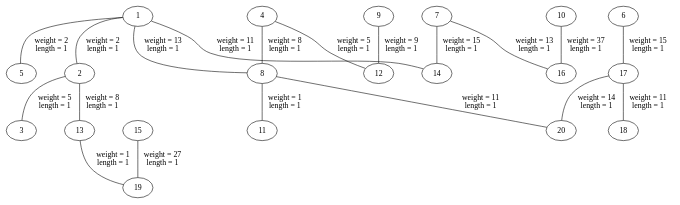
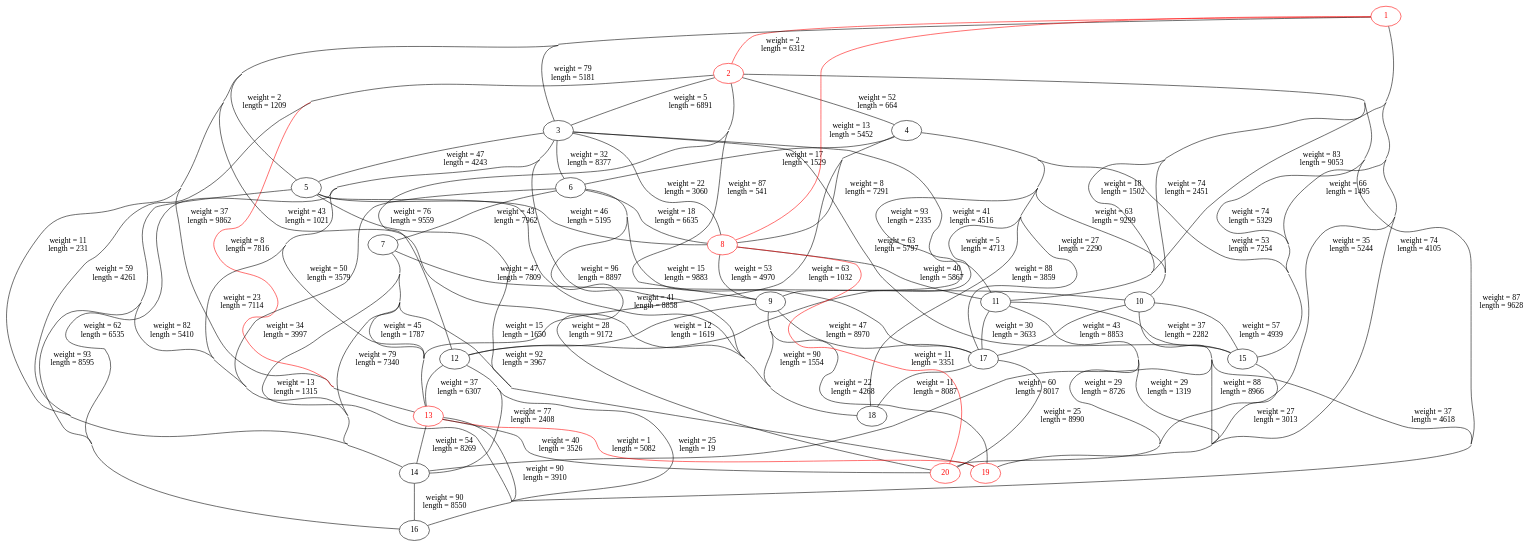
Before and after one commit to adam-elbernoussi/ENSAE-S2-IT-project: the diagram in graph_viz_output/Graph.gv, drawn with Graphviz. The commit also changed 2 other files, not shown here.

```diff
--- a/graph_viz_output/Graph.gv
+++ b/graph_viz_output/Graph.gv
@@ -1,62 +1,192 @@
 // Graph visualisation
 graph "Graph" {
 	graph [concentrate=True]
 	1
 	2
 	3
 	4
 	5
 	6
 	7
 	8
 	9
 	10
 	11
 	12
 	13
 	14
 	15
 	16
 	17
 	18
 	19
 	20
+	1 [color=red fontcolor=red]
 	1 -- 2 [label="weight = 2
- length = 1" weight=2]
+ length = 6312" color=red weight=2]
+	2 [color=red fontcolor=red]
+	2 -- 13 [label="weight = 8
+ length = 7816" color=red weight=8]
+	8 [color=red fontcolor=red]
+	8 -- 1 [label="weight = 13
+ length = 5452" color=red weight=13]
+	13 [color=red fontcolor=red]
+	13 -- 19 [label="weight = 1
+ length = 5082" color=red weight=1]
+	19 [color=red fontcolor=red]
+	20 [color=red fontcolor=red]
+	20 -- 8 [label="weight = 11
+ length = 3351" color=red weight=11]
+	1 -- 19 [label="weight = 74
+ length = 4105" weight=74]
+	1 -- 13 [label="weight = 37
+ length = 9862" weight=37]
 	1 -- 5 [label="weight = 2
- length = 1" weight=2]
+ length = 1209" weight=2]
+	1 -- 3 [label="weight = 79
+ length = 5181" weight=79]
+	1 -- 11 [label="weight = 83
+ length = 9053" weight=83]
+	1 -- 18 [label="weight = 43
+ length = 1021" weight=43]
 	1 -- 14 [label="weight = 11
- length = 1" weight=11]
-	1 -- 8 [label="weight = 13
- length = 1" weight=13]
+ length = 231" weight=11]
+	1 -- 15 [label="weight = 66
+ length = 1495" weight=66]
+	1 -- 20 [label="weight = 35
+ length = 5244" weight=35]
 	2 -- 3 [label="weight = 5
- length = 1" weight=5]
-	2 -- 13 [label="weight = 8
- length = 1" weight=8]
+ length = 6891" weight=5]
+	2 -- 4 [label="weight = 52
+ length = 664" weight=52]
+	2 -- 12 [label="weight = 76
+ length = 9559" weight=76]
+	2 -- 15 [label="weight = 74
+ length = 5329" weight=74]
+	2 -- 16 [label="weight = 87
+ length = 9628" weight=87]
+	2 -- 11 [label="weight = 18
+ length = 1502" weight=18]
+	2 -- 9 [label="weight = 87
+ length = 541" weight=87]
+	2 -- 14 [label="weight = 59
+ length = 4261" weight=59]
+	2 -- 10 [label="weight = 74
+ length = 2451" weight=74]
+	3 -- 5 [label="weight = 47
+ length = 4243" weight=47]
+	3 -- 6 [label="weight = 32
+ length = 8377" weight=32]
+	3 -- 13 [label="weight = 50
+ length = 3579" weight=50]
+	3 -- 15 [label="weight = 63
+ length = 5797" weight=63]
+	3 -- 14 [label="weight = 23
+ length = 7114" weight=23]
+	3 -- 16 [label="weight = 62
+ length = 6535" weight=62]
+	3 -- 18 [label="weight = 96
+ length = 8897" weight=96]
+	3 -- 8 [label="weight = 22
+ length = 3060" weight=22]
+	3 -- 11 [label="weight = 41
+ length = 4516" weight=41]
+	4 -- 17 [label="weight = 27
+ length = 2290" weight=27]
+	4 -- 15 [label="weight = 53
+ length = 7254" weight=53]
+	4 -- 6 [label="weight = 17
+ length = 1529" weight=17]
+	4 -- 13 [label="weight = 63
+ length = 1032" weight=63]
+	4 -- 10 [label="weight = 63
+ length = 9299" weight=63]
+	4 -- 9 [label="weight = 93
+ length = 2335" weight=93]
 	4 -- 12 [label="weight = 5
- length = 1" weight=5]
+ length = 4713" weight=5]
 	4 -- 8 [label="weight = 8
- length = 1" weight=8]
+ length = 7291" weight=8]
+	4 -- 18 [label="weight = 88
+ length = 3859" weight=88]
+	5 -- 14 [label="weight = 82
+ length = 5410" weight=82]
+	5 -- 19 [label="weight = 15
+ length = 1650" weight=15]
+	5 -- 8 [label="weight = 46
+ length = 5195" weight=46]
+	5 -- 18 [label="weight = 41
+ length = 8858" weight=41]
+	5 -- 16 [label="weight = 93
+ length = 8595" weight=93]
+	6 -- 7 [label="weight = 43
+ length = 7962" weight=43]
+	6 -- 8 [label="weight = 18
+ length = 6635" weight=18]
+	6 -- 20 [label="weight = 28
+ length = 9172" weight=28]
+	6 -- 14 [label="weight = 34
+ length = 3997" weight=34]
 	6 -- 17 [label="weight = 15
- length = 1" weight=15]
+ length = 9883" weight=15]
+	7 -- 10 [label="weight = 47
+ length = 7809" weight=47]
+	7 -- 14 [label="weight = 79
+ length = 7340" weight=79]
+	7 -- 13 [label="weight = 45
+ length = 1787" weight=45]
+	7 -- 19 [label="weight = 92
+ length = 3967" weight=92]
 	7 -- 16 [label="weight = 13
- length = 1" weight=13]
-	7 -- 14 [label="weight = 15
- length = 1" weight=15]
-	8 -- 11 [label="weight = 1
- length = 1" weight=1]
-	8 -- 20 [label="weight = 11
- length = 1" weight=11]
-	9 -- 12 [label="weight = 9
- length = 1" weight=9]
+ length = 1315" weight=13]
+	8 -- 9 [label="weight = 53
+ length = 4970" weight=53]
+	8 -- 11 [label="weight = 40
+ length = 5867" weight=40]
+	9 -- 18 [label="weight = 90
+ length = 1554" weight=90]
+	9 -- 12 [label="weight = 12
+ length = 1619" weight=12]
+	9 -- 19 [label="weight = 22
+ length = 4268" weight=22]
+	9 -- 17 [label="weight = 47
+ length = 8970" weight=47]
 	10 -- 16 [label="weight = 37
- length = 1" weight=37]
-	13 -- 19 [label="weight = 1
- length = 1" weight=1]
+ length = 4618" weight=37]
+	10 -- 14 [label="weight = 60
+ length = 8017" weight=60]
+	10 -- 15 [label="weight = 57
+ length = 4939" weight=57]
+	10 -- 17 [label="weight = 43
+ length = 8853" weight=43]
+	10 -- 19 [label="weight = 88
+ length = 8966" weight=88]
+	11 -- 15 [label="weight = 37
+ length = 2282" weight=37]
+	11 -- 20 [label="weight = 29
+ length = 8726" weight=29]
+	11 -- 17 [label="weight = 30
+ length = 3633" weight=30]
+	11 -- 19 [label="weight = 29
+ length = 1319" weight=29]
+	12 -- 14 [label="weight = 77
+ length = 2408" weight=77]
+	12 -- 16 [label="weight = 25
+ length = 19" weight=25]
+	12 -- 13 [label="weight = 37
+ length = 6307" weight=37]
+	13 -- 14 [label="weight = 54
+ length = 8269" weight=54]
+	13 -- 16 [label="weight = 90
+ length = 3910" weight=90]
+	13 -- 20 [label="weight = 40
+ length = 3526" weight=40]
+	14 -- 16 [label="weight = 90
+ length = 8550" weight=90]
 	15 -- 19 [label="weight = 27
- length = 1" weight=27]
+ length = 3013" weight=27]
+	17 -- 20 [label="weight = 25
+ length = 8990" weight=25]
 	17 -- 18 [label="weight = 11
- length = 1" weight=11]
-	17 -- 20 [label="weight = 14
- length = 1" weight=14]
+ length = 8087" weight=11]
 }
```
